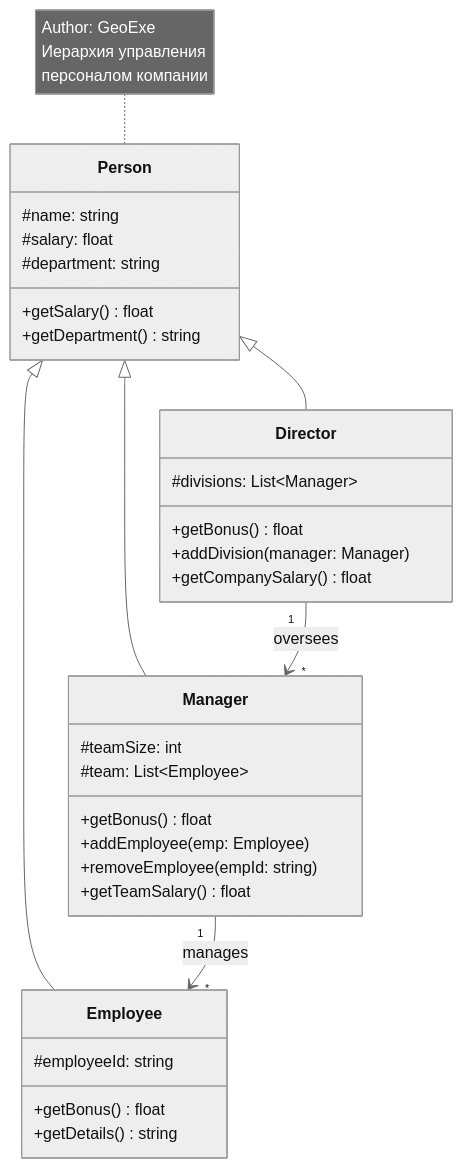
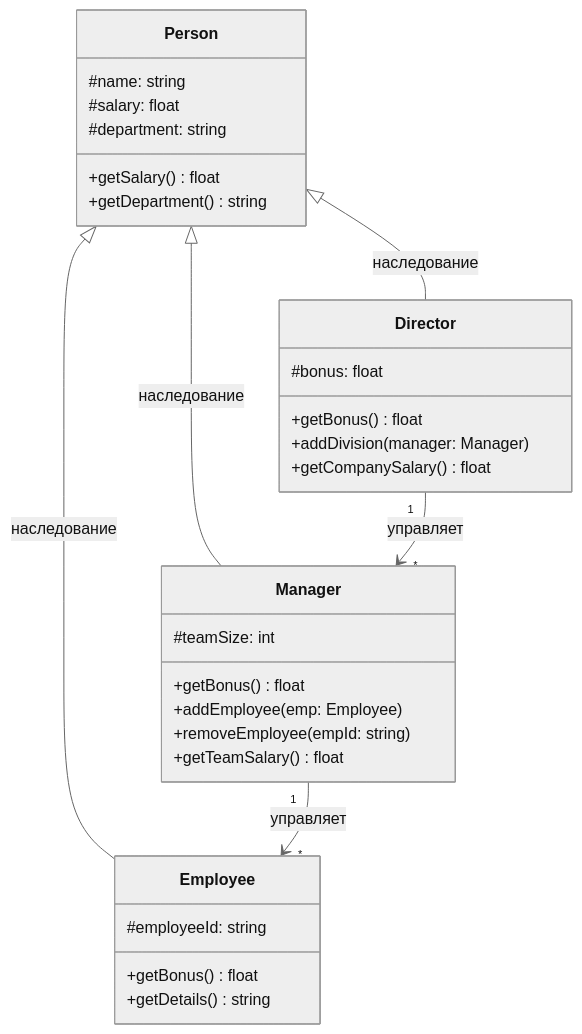
The diagram in artifacts/diagram_3_code.md (GeoExe6265/Testing_Mermaid), drawn with Mermaid (neutral theme) before and after one commit. The commit also changed 1 other file, not shown here.

Commit message:
fix: Исправлена диаграмма 3 - удален неподдерживаемый синтаксис List~Type~

````diff
--- a/artifacts/diagram_3_code.md
+++ b/artifacts/diagram_3_code.md
@@ -1,40 +1,37 @@
 ```mermaid
 classDiagram
     class Person {
         #name: string
         #salary: float
         #department: string
         +getSalary() float
         +getDepartment() string
     }
     
     class Employee {
         #employeeId: string
         +getBonus() float
         +getDetails() string
     }
     
     class Manager {
         #teamSize: int
-        #team: List~Employee~
         +getBonus() float
         +addEmployee(emp: Employee)
         +removeEmployee(empId: string)
         +getTeamSalary() float
     }
     
     class Director {
-        #divisions: List~Manager~
+        #bonus: float
         +getBonus() float
         +addDivision(manager: Manager)
         +getCompanySalary() float
     }
     
-    Person <|-- Employee
-    Person <|-- Manager
-    Person <|-- Director
-    Manager "1" --> "*" Employee: manages
-    Director "1" --> "*" Manager: oversees
-    
-    note for Person "Author: GeoExe</br>Иерархия управления</br>персоналом компании"
+    Person <|-- Employee: наследование
+    Person <|-- Manager: наследование
+    Person <|-- Director: наследование
+    Manager "1" --> "*" Employee: управляет
+    Director "1" --> "*" Manager: управляет
 ```
````
